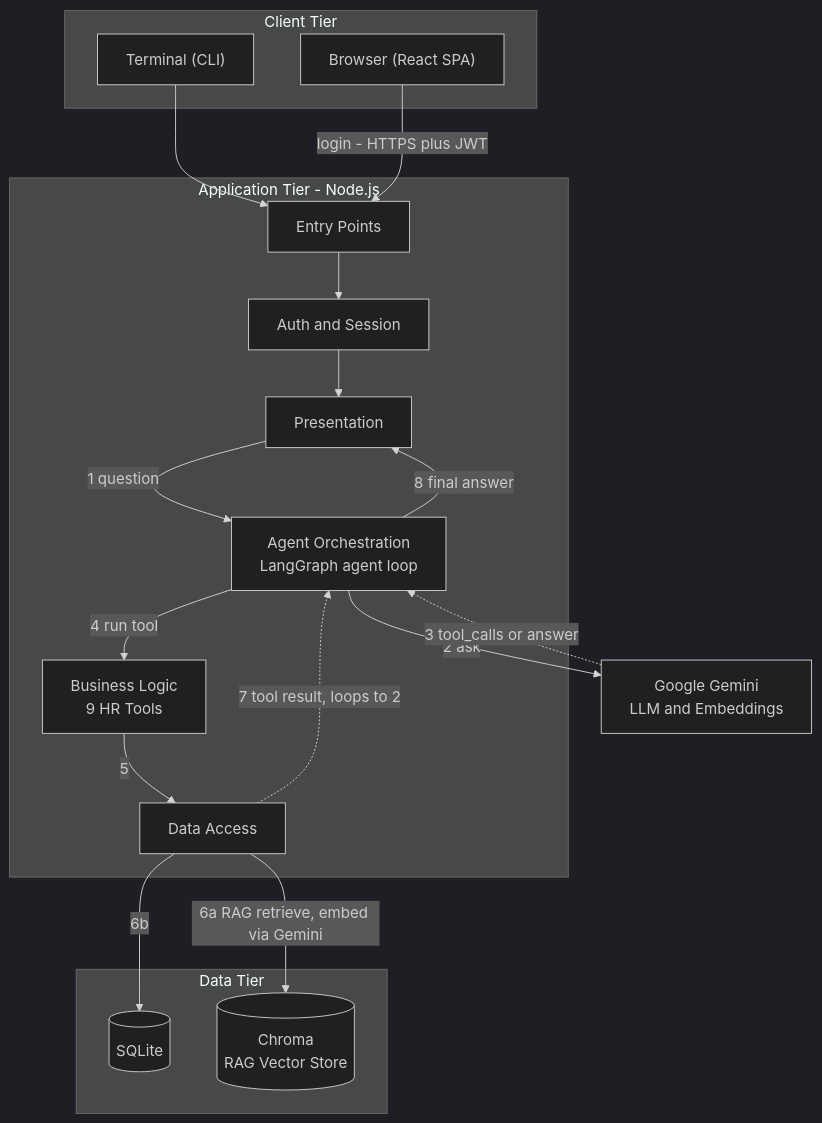
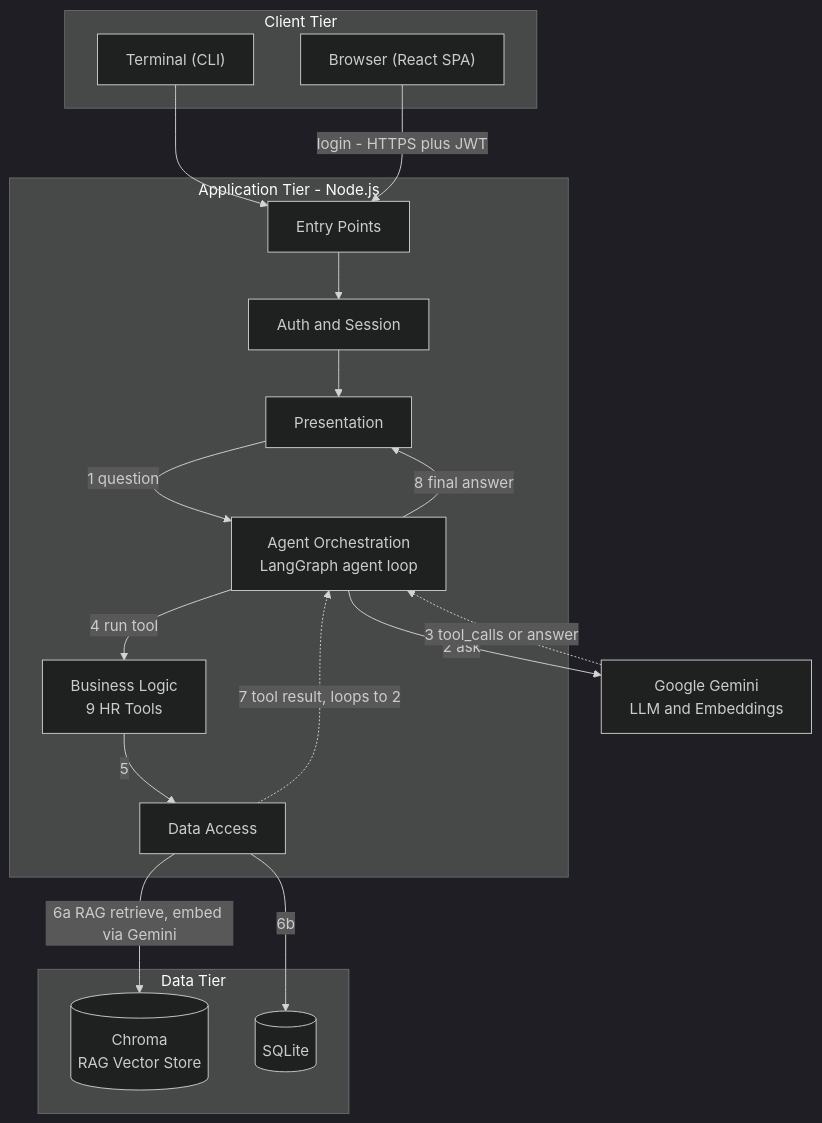
One commit to Nandhakumar-nk/hr-chat-agent changed the diagram in README.md. Above: the diagram before and after it, drawn with Mermaid (dark theme). The commit also changed other lines of this file, not shown here.

First line of the commit message:
README: align node declaration order with edge-reference order in diagram

````diff
--- a/README.md
+++ b/README.md
@@ -15,37 +15,37 @@
 ```mermaid
 flowchart TB
     subgraph Client["Client Tier"]
         Terminal["Terminal (CLI)"]
         Browser["Browser (React SPA)"]
     end
 
     subgraph Backend["Application Tier - Node.js"]
         Entry["Entry Points"]
         Auth["Auth and Session"]
         Presentation["Presentation"]
         Orchestration["Agent Orchestration<br/>LangGraph agent loop"]
         Business["Business Logic<br/>9 HR Tools"]
         DataAccess["Data Access"]
     end
 
+    Gemini["Google Gemini<br/>LLM and Embeddings"]
+
     subgraph DataTier["Data Tier"]
+        Chroma[("Chroma<br/>RAG Vector Store")]
         SQLite[("SQLite")]
-        Chroma[("Chroma<br/>RAG Vector Store")]
     end
-
-    Gemini["Google Gemini<br/>LLM and Embeddings"]
 
     Terminal --> Entry
     Browser -- "login - HTTPS plus JWT" --> Entry
     Entry --> Auth
     Auth --> Presentation
     Presentation -- "1 question" --> Orchestration
     Orchestration -- "2 ask" --> Gemini
     Gemini -. "3 tool_calls or answer" .-> Orchestration
     Orchestration -- "4 run tool" --> Business
     Business -- "5" --> DataAccess
     DataAccess -- "6a RAG retrieve, embed via Gemini" --> Chroma
     DataAccess -- "6b" --> SQLite
     DataAccess -. "7 tool result, loops to 2" .-> Orchestration
     Orchestration -- "8 final answer" --> Presentation
 ```
````
